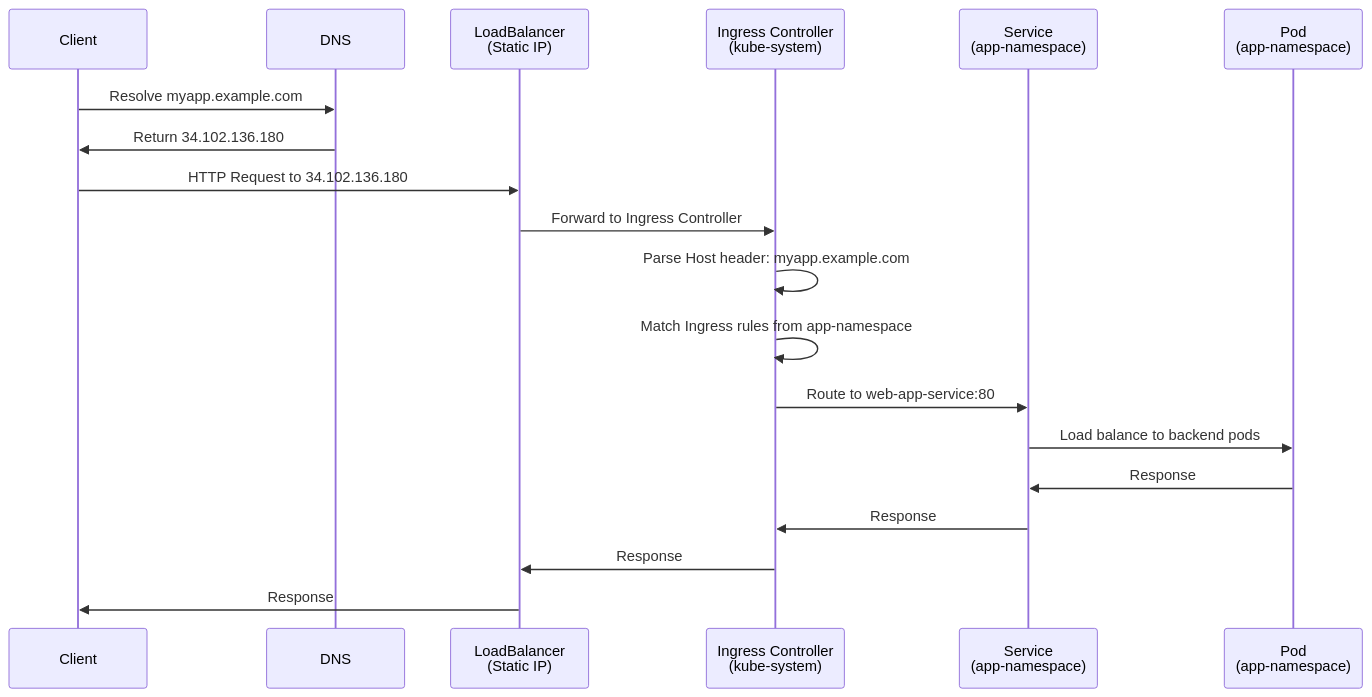
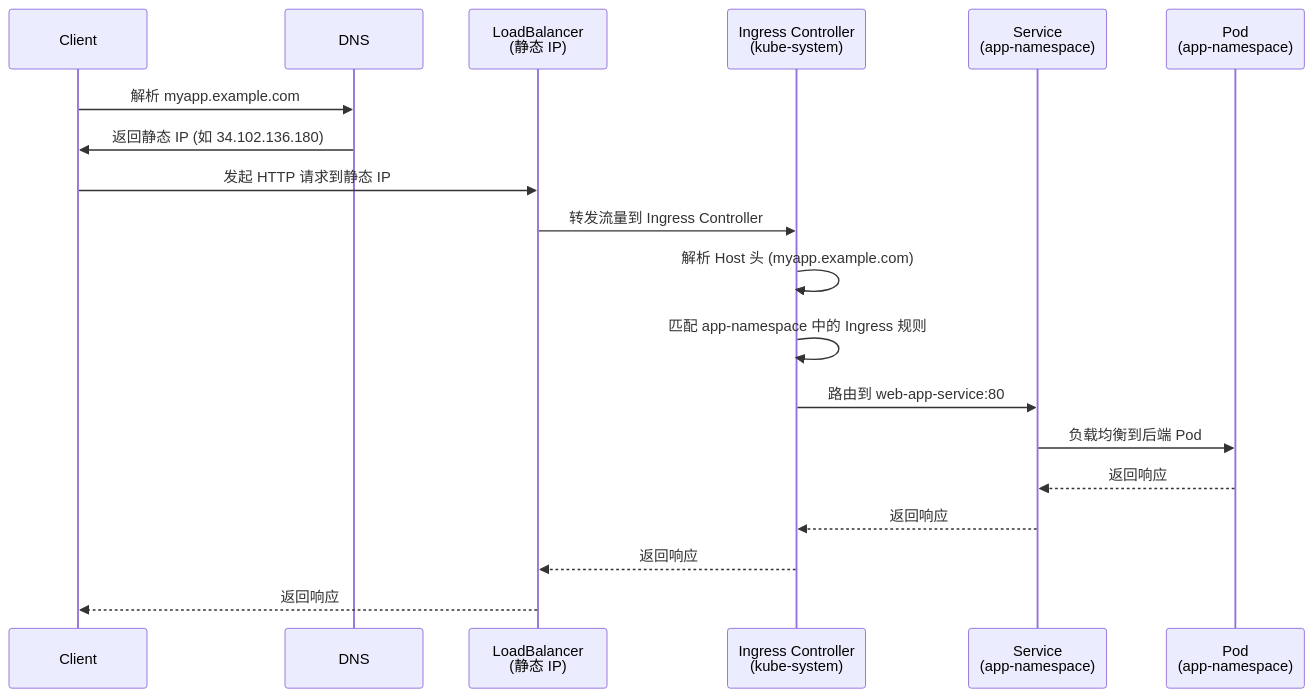
Before and after one commit to aibangjuxin/knowledge: the second of 2 diagrams in gcp/ingress/control.md, drawn with Mermaid. The commit also changed other lines of this file, not shown here.

Commit message:
docs(ingress): format and refactor control.md

````diff
--- a/gcp/ingress/control.md
+++ b/gcp/ingress/control.md
@@ -151,22 +57,22 @@
 ```mermaid
 sequenceDiagram
     participant Client
     participant DNS
-    participant LB as LoadBalancer<br/>(Static IP)
+    participant LB as LoadBalancer<br/>(静态 IP)
     participant IC as Ingress Controller<br/>(kube-system)
     participant Svc as Service<br/>(app-namespace)
     participant Pod as Pod<br/>(app-namespace)
     
-    Client->>DNS: Resolve myapp.example.com
-    DNS->>Client: Return 34.102.136.180
-    Client->>LB: HTTP Request to 34.102.136.180
-    LB->>IC: Forward to Ingress Controller
-    IC->>IC: Parse Host header: myapp.example.com
-    IC->>IC: Match Ingress rules from app-namespace
-    IC->>Svc: Route to web-app-service:80
-    Svc->>Pod: Load balance to backend pods
-    Pod->>Svc: Response
-    Svc->>IC: Response
-    IC->>LB: Response
-    LB->>Client: Response
+    Client->>DNS: 解析 myapp.example.com
+    DNS->>Client: 返回静态 IP (如 34.102.136.180)
+    Client->>LB: 发起 HTTP 请求到静态 IP
+    LB->>IC: 转发流量到 Ingress Controller
+    IC->>IC: 解析 Host 头 (myapp.example.com)
+    IC->>IC: 匹配 app-namespace 中的 Ingress 规则
+    IC->>Svc: 路由到 web-app-service:80
+    Svc->>Pod: 负载均衡到后端 Pod
+    Pod-->>Svc: 返回响应
+    Svc-->>IC: 返回响应
+    IC-->>LB: 返回响应
+    LB-->>Client: 返回响应
 ```
````
